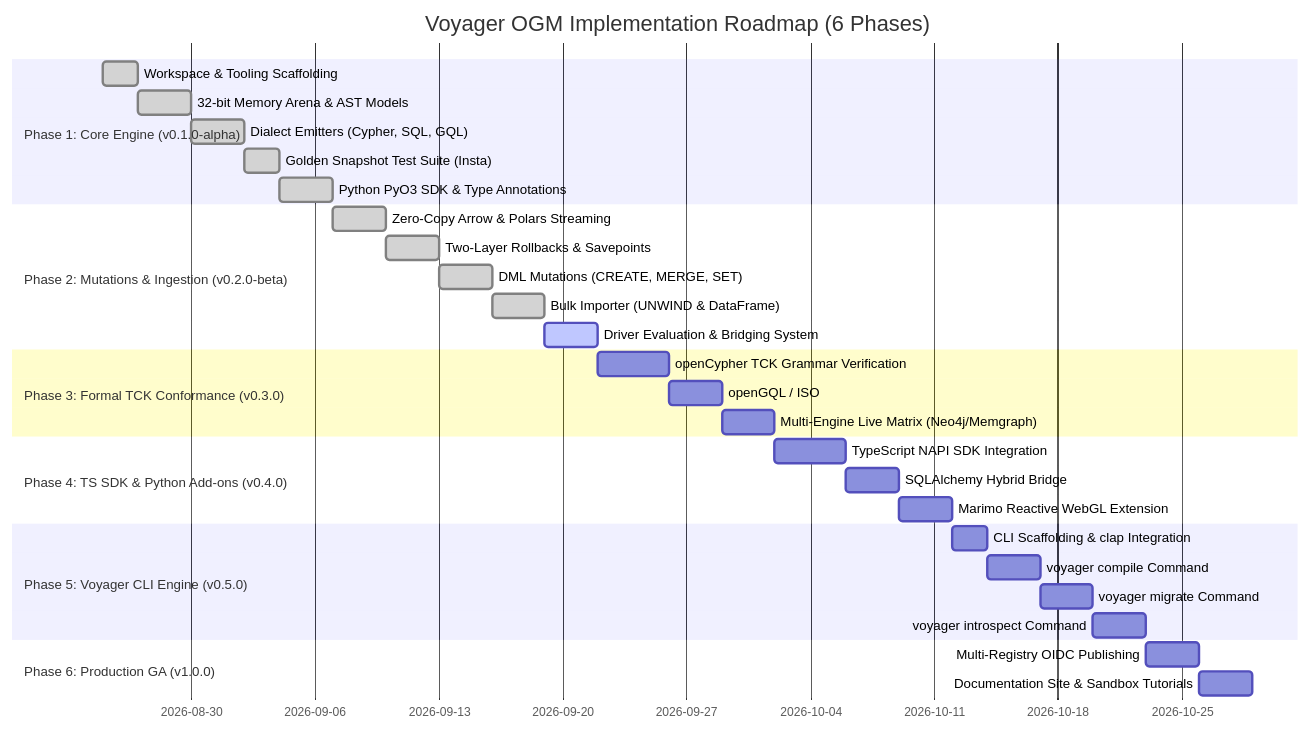
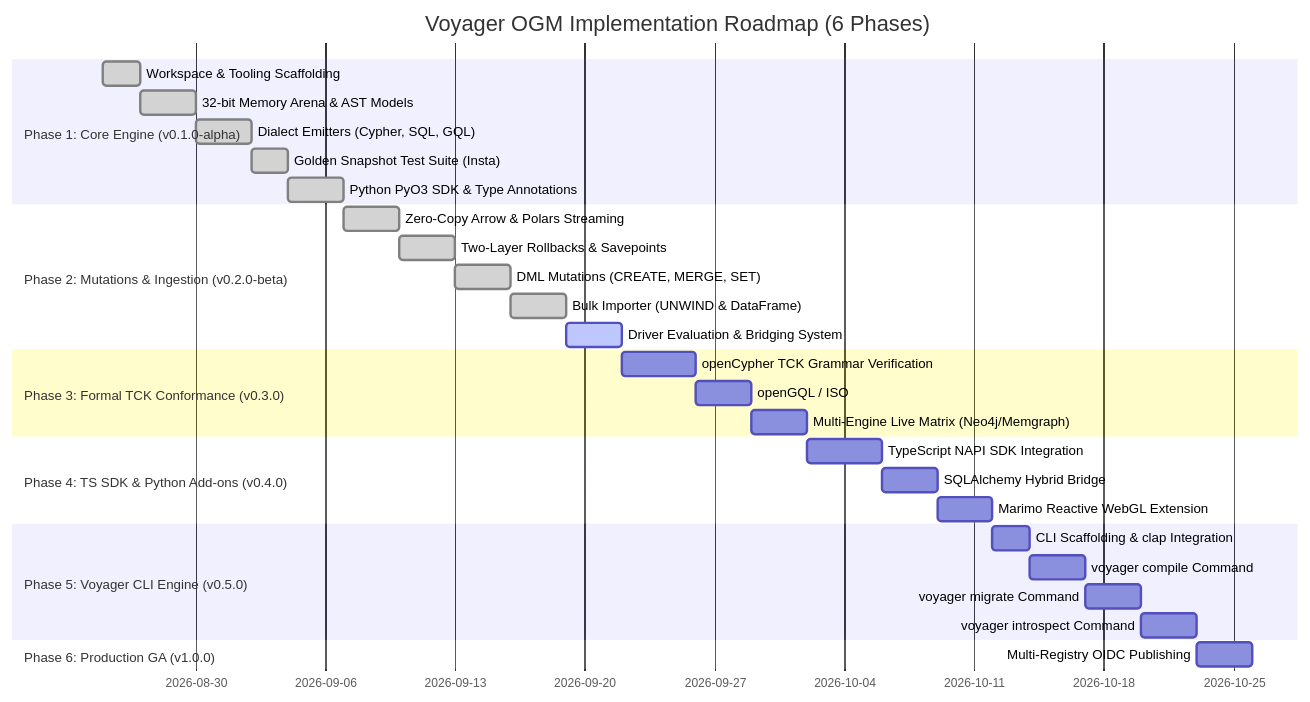
Before and after one commit to tanishq-kumar/voyager-ogm: the diagram in README.md, drawn with Mermaid. The commit also changed other lines of this file, not shown here.

Commit message:
README Update

````diff
--- a/README.md
+++ b/README.md
@@ -41,33 +41,32 @@
 ```mermaid
 gantt
     title Voyager OGM Implementation Roadmap (6 Phases)
     dateFormat  YYYY-MM-DD
     section Phase 1: Core Engine (v0.1.0-alpha)
     Workspace & Tooling Scaffolding       :done, p1_1, 2026-08-25, 2d
     32-bit Memory Arena & AST Models      :done, p1_2, after p1_1, 3d
     Dialect Emitters (Cypher, SQL, GQL)   :done, p1_3, after p1_2, 3d
     Golden Snapshot Test Suite (Insta)    :done, p1_4, after p1_3, 2d
     Python PyO3 SDK & Type Annotations    :done, p1_5, after p1_4, 3d
     section Phase 2: Mutations & Ingestion (v0.2.0-beta)
     Zero-Copy Arrow & Polars Streaming    :done, p2_1, after p1_5, 3d
     Two-Layer Rollbacks & Savepoints      :done, p2_2, after p2_1, 3d
     DML Mutations (CREATE, MERGE, SET)    :done, p2_3, after p2_2, 3d
     Bulk Importer (UNWIND & DataFrame)    :done, p2_4, after p2_3, 3d
     Driver Evaluation & Bridging System   :active, p2_5, after p2_4, 3d
     section Phase 3: Formal TCK Conformance (v0.3.0)
     openCypher TCK Grammar Verification   :p3_1, after p2_5, 4d
     openGQL / ISO:IEC 39075 TCK Harness   :p3_2, after p3_1, 3d
     Multi-Engine Live Matrix (Neo4j/Memgraph) :p3_3, after p3_2, 3d
     section Phase 4: TS SDK & Python Add-ons (v0.4.0)
     TypeScript NAPI SDK Integration       :p4_1, after p3_3, 4d
     SQLAlchemy Hybrid Bridge              :p4_2, after p4_1, 3d
     Marimo Reactive WebGL Extension       :p4_3, after p4_2, 3d
     section Phase 5: Voyager CLI Engine (v0.5.0)
     CLI Scaffolding & clap Integration    :p5_1, after p4_3, 2d
     voyager compile Command               :p5_2, after p5_1, 3d
     voyager migrate Command               :p5_3, after p5_2, 3d
     voyager introspect Command            :p5_4, after p5_3, 3d
     section Phase 6: Production GA (v1.0.0)
     Multi-Registry OIDC Publishing        :p6_1, after p5_4, 3d
-    Documentation Site & Sandbox Tutorials:p6_2, after p6_1, 3d
 ```
````
